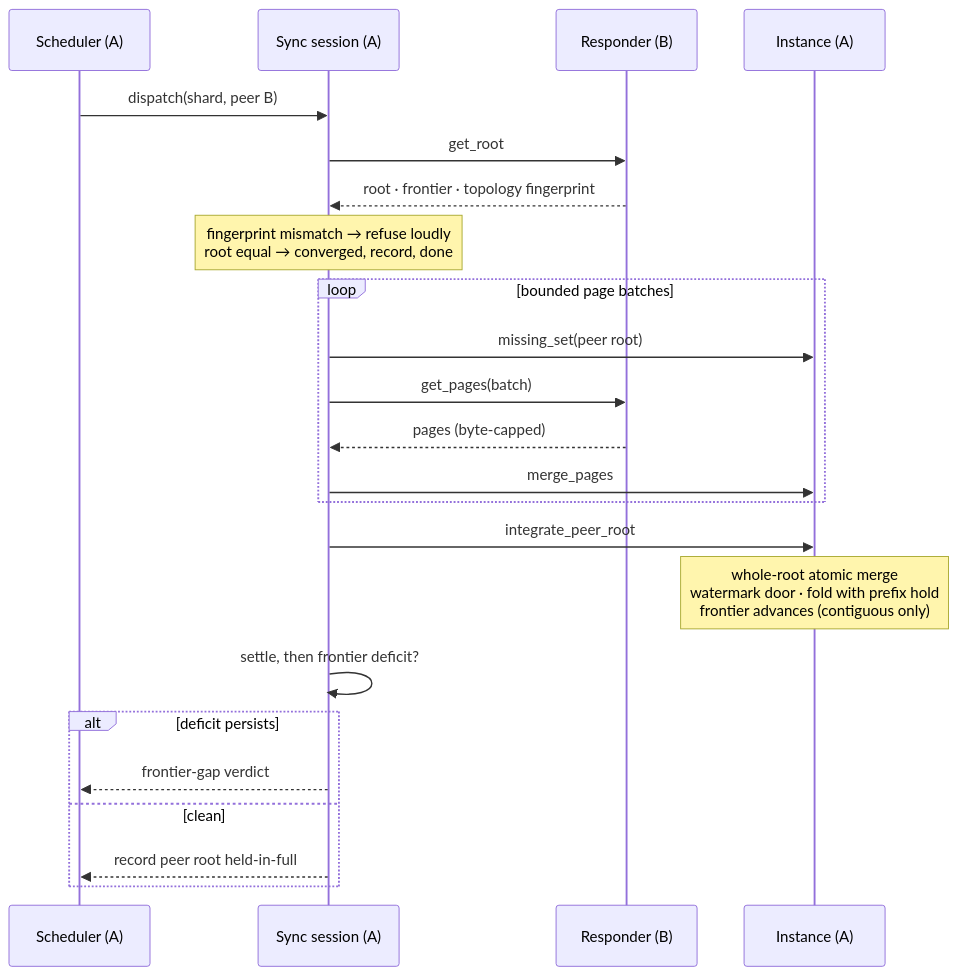
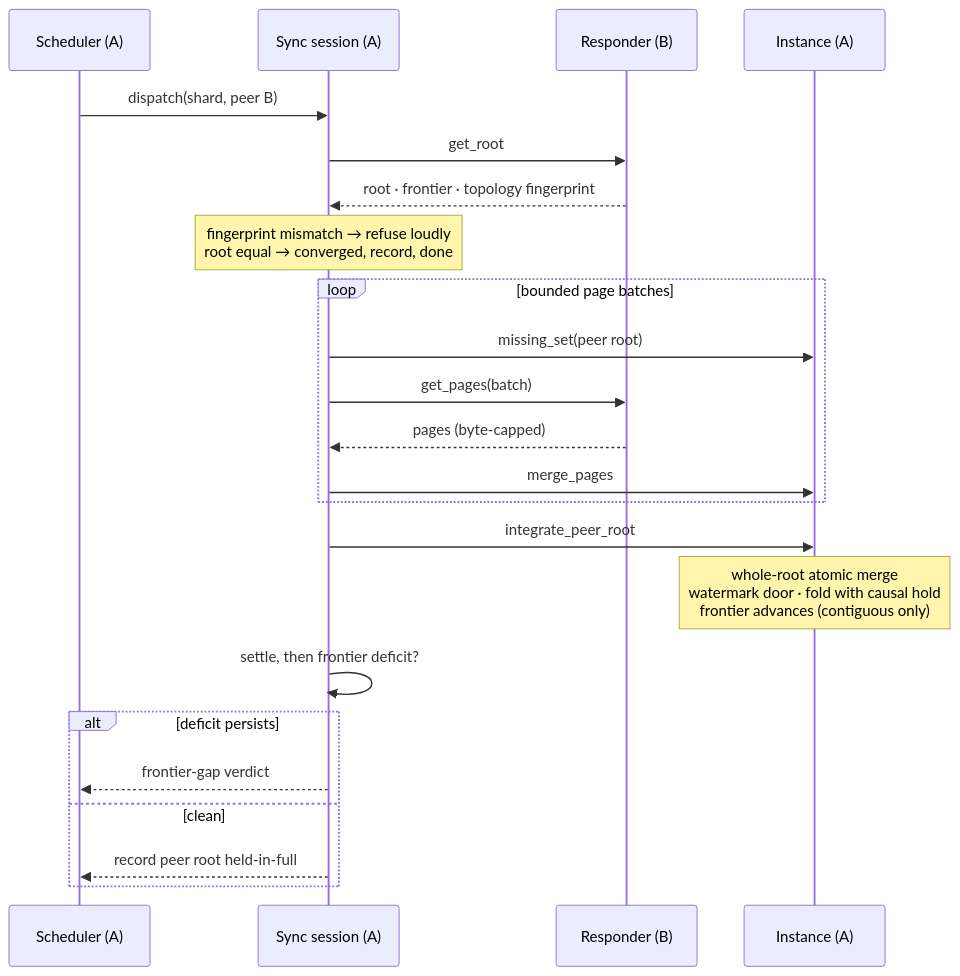
One commit to bondy-io/bondy changed the diagram in doc/guides/architecture/db_view_replication.md. Above: the diagram before and after it, drawn with Mermaid. The commit also changed other lines of this file and 207 other files, not shown here.

````diff
--- a/doc/guides/architecture/db_view_replication.md
+++ b/doc/guides/architecture/db_view_replication.md
@@ -10,25 +10,25 @@
 ```mermaid
 sequenceDiagram
     participant SCH as Scheduler (A)
     participant SS as Sync session (A)
     participant RSP as Responder (B)
     participant INST as Instance (A)
     SCH->>SS: dispatch(shard, peer B)
     SS->>RSP: get_root
     RSP-->>SS: root · frontier · topology fingerprint
     Note over SS: fingerprint mismatch → refuse loudly<br/>root equal → converged, record, done
     loop bounded page batches
         SS->>INST: missing_set(peer root)
         SS->>RSP: get_pages(batch)
         RSP-->>SS: pages (byte-capped)
         SS->>INST: merge_pages
     end
     SS->>INST: integrate_peer_root
-    Note over INST: whole-root atomic merge<br/>watermark door · fold with prefix hold<br/>frontier advances (contiguous only)
+    Note over INST: whole-root atomic merge<br/>watermark door · fold with causal hold<br/>frontier advances (contiguous only)
     SS->>SS: settle, then frontier deficit?
     alt deficit persists
         SS-->>SCH: frontier-gap verdict
     else clean
         SS-->>SCH: record peer root held-in-full
     end
 ```
````
